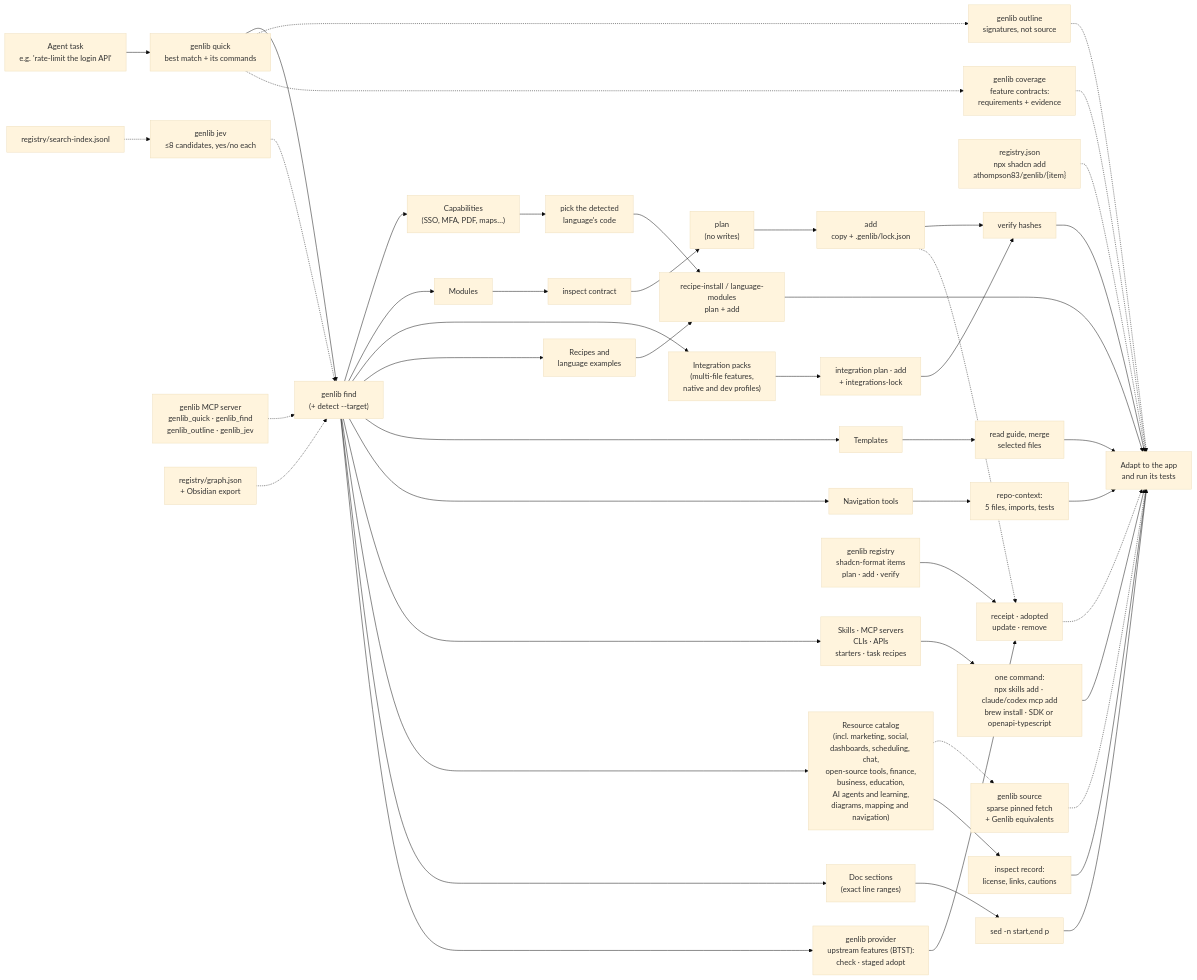
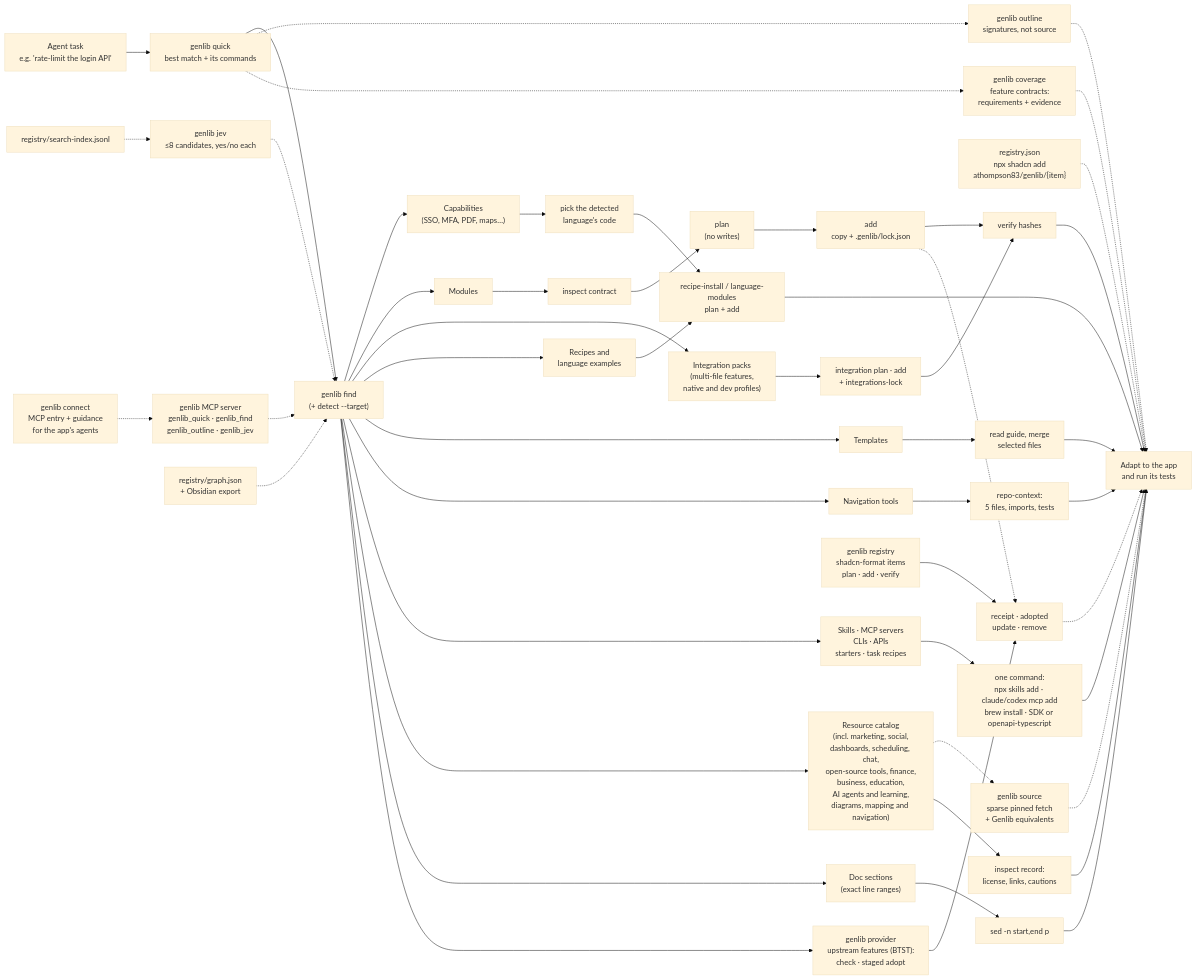
The diagram in docs/diagrams/readme-flow.mmd (athompson83/genlib), drawn with Mermaid (base theme) before and after one commit. The commit also changed 18 other files, not shown here.

```diff
--- a/docs/diagrams/readme-flow.mmd
+++ b/docs/diagrams/readme-flow.mmd
@@ -1,58 +1,60 @@
 flowchart LR
   Task["Agent task<br/>e.g. 'rate-limit the login API'"]
   Quick["genlib quick<br/>best match + its commands"]
   Find["genlib find<br/>(+ detect --target)"]
   Outline["genlib outline<br/>signatures, not source"]
   Source["genlib source<br/>sparse pinned fetch<br/>+ Genlib equivalents"]
   Jev["genlib jev<br/>≤8 candidates, yes/no each"]
   Index["registry/search-index.jsonl"]
   MCP["genlib MCP server<br/>genlib_quick · genlib_find<br/>genlib_outline · genlib_jev"]
+  Connect["genlib connect<br/>MCP entry + guidance<br/>for the app's agents"]
   Graph["registry/graph.json<br/>+ Obsidian export"]
   C["Capabilities<br/>(SSO, MFA, PDF, maps…)"]
   M["Modules"]
   P["Integration packs<br/>(multi-file features,<br/>native and dev profiles)"]
   PackPlan["integration plan · add<br/>+ integrations-lock"]
   Shadcn["registry.json<br/>npx shadcn add<br/>athompson83/genlib/{item}"]
   R["Recipes and<br/>language examples"]
   T["Templates"]
   N["Navigation tools"]
   S["Skills · MCP servers<br/>CLIs · APIs<br/>starters · task recipes"]
   X["Resource catalog<br/>(incl. marketing, social,<br/>dashboards, scheduling, chat,<br/>open-source tools, finance,<br/>business, education,<br/>AI agents and learning,<br/>diagrams, mapping and navigation)"]
   D["Doc sections<br/>(exact line ranges)"]
   Inspect["inspect contract"]
   Plan["plan<br/>(no writes)"]
   Add["add<br/>copy + .genlib/lock.json"]
   Verify["verify hashes"]
   Receipt["receipt · adopted<br/>update · remove"]
   Coverage["genlib coverage<br/>feature contracts:<br/>requirements + evidence"]
   RegistryIn["genlib registry<br/>shadcn-format items<br/>plan · add · verify"]
   Provider["genlib provider<br/>upstream features (BTST):<br/>check · staged adopt"]
   Lang["pick the detected<br/>language's code"]
   Copy["recipe-install / language-modules<br/>plan + add"]
   Merge["read guide, merge<br/>selected files"]
   Context["repo-context:<br/>5 files, imports, tests"]
   SkillAdd["one command:<br/>npx skills add · claude/codex mcp add<br/>brew install · SDK or openapi-typescript"]
   Adopt["inspect record:<br/>license, links, cautions"]
   Section["sed -n start,end p"]
   App["Adapt to the app<br/>and run its tests"]
   Task --> Quick --> Find
   Quick -.-> Outline -.-> App
   Find --> C & M & P & R & T & N & S & X & D
   P --> PackPlan --> Verify
   Shadcn -.-> App
   X -.-> Source -.-> App
   Index -.-> Jev -.-> Find
+  Connect -.-> MCP
   MCP -.-> Find
   Graph -.-> Find
   M --> Inspect --> Plan --> Add --> Verify --> App
   Add -.-> Receipt -.-> App
   Quick -.-> Coverage -.-> App
   RegistryIn --> Receipt
   Find --> Provider --> Receipt
   C --> Lang --> Copy
   R --> Copy --> App
   T --> Merge --> App
   N --> Context --> App
   S --> SkillAdd --> App
   X --> Adopt --> App
   D --> Section --> App
```
